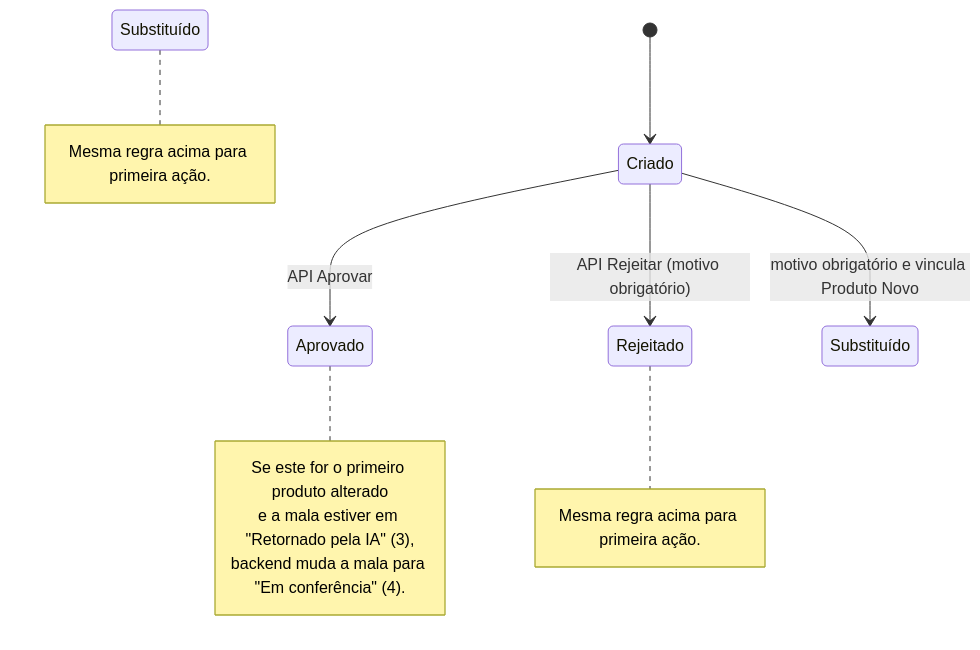
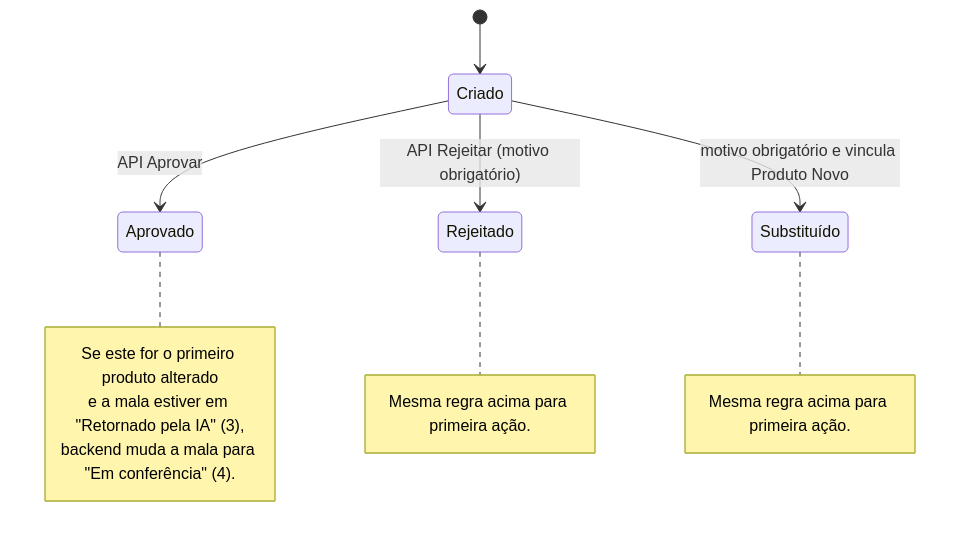
The second of 3 diagrams in api/malinha-sugestao-ia.md (LeonardoNoroWidelab/WD-New-API), drawn with Mermaid before and after one commit. The commit also changed 1 other file, not shown here.

Commit message:
fix: [Malinha IA] Corrigido diagrama de fluxo do produto

````diff
--- a/api/malinha-sugestao-ia.md
+++ b/api/malinha-sugestao-ia.md
@@ -162,24 +162,22 @@
 ```mermaid
 stateDiagram-v2
   [*] --> Criado
-
-  state "Substituído" as Substituido
 
   Criado --> Aprovado : API Aprovar
   Criado --> Rejeitado : API Rejeitar (motivo obrigatório)
   Criado --> Substituído: motivo obrigatório e vincula Produto Novo
 
   note right of Aprovado
     Se este for o primeiro produto alterado
     e a mala estiver em "Retornado pela IA" (3),
     backend muda a mala para "Em conferência" (4).
   end note
 
   note right of Rejeitado
     Mesma regra acima para primeira ação.
   end note
 
-  note right of Substituido
+  note right of Substituído
     Mesma regra acima para primeira ação.
   end note
 ```
````
